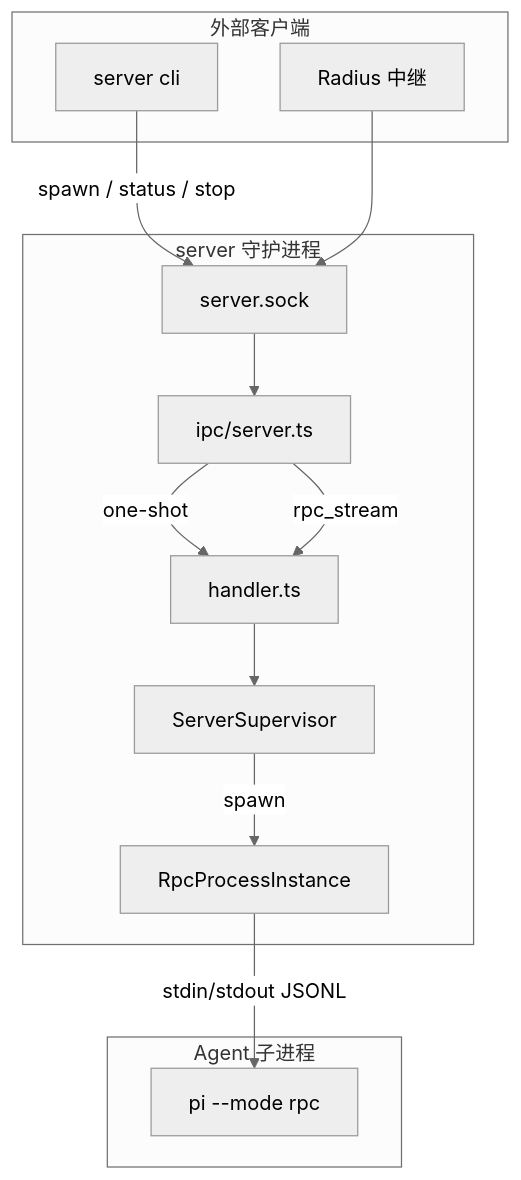
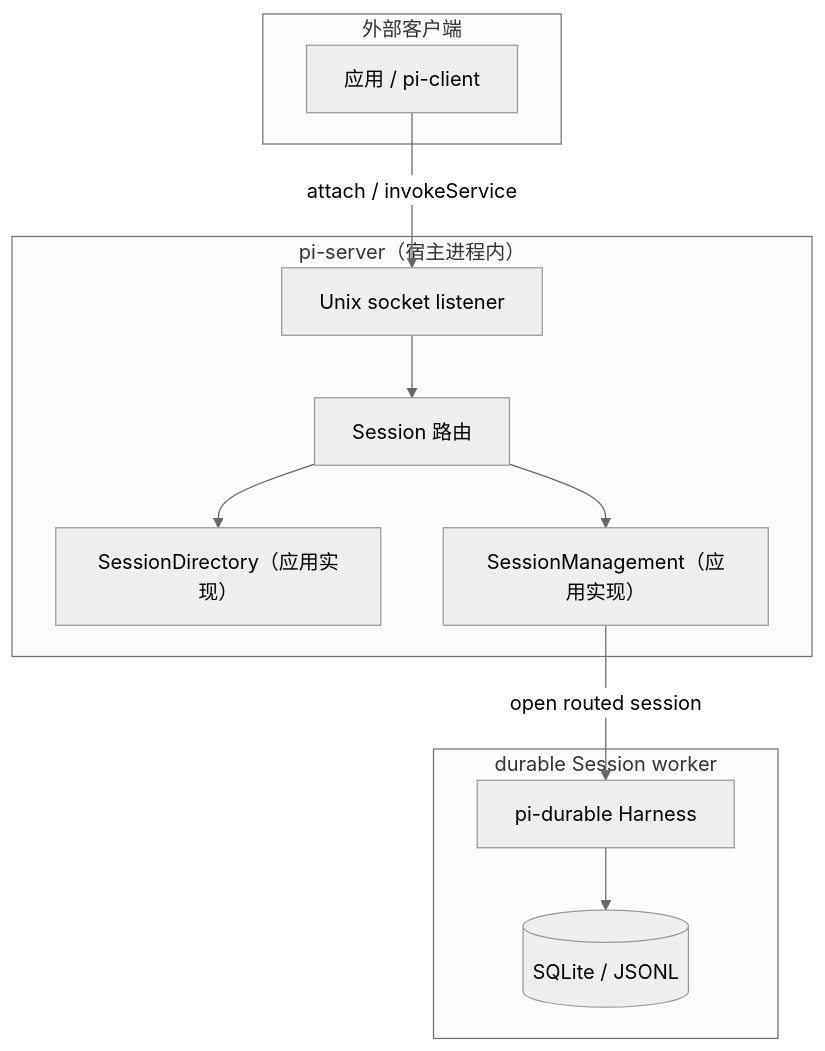
Before and after one commit to jefby/pi: the seventh of 7 diagrams in docs/architecture.md, drawn with Mermaid (neutral theme). The commit also changed other lines of this file and 1 other file, not shown here.

First line of the commit message:
docs: align architecture and QNX analysis with upstream v1.1.0

````diff
--- a/docs/architecture.md
+++ b/docs/architecture.md
@@ -654,28 +667,25 @@
 ```mermaid
 flowchart TB
     subgraph Client["外部客户端"]
-        Cli[server cli]
-        Radius[Radius 中继]
+        App[应用 / pi-client]
     end
 
-    subgraph Daemon["server 守护进程"]
-        Socket[server.sock]
-        Server[ipc/server.ts]
-        Handler[handler.ts]
-        Supervisor[ServerSupervisor]
-        RpcProcess[RpcProcessInstance]
+    subgraph ServerProc["pi-server（宿主进程内）"]
+        Unix[Unix socket listener]
+        Router[Session 路由]
+        SessionDir["SessionDirectory（应用实现）"]
+        SessionMgmt["SessionManagement（应用实现）"]
     end
 
-    subgraph AgentProc["Agent 子进程"]
-        CodingAgentRpc[pi --mode rpc]
+    subgraph Workers["durable Session worker"]
+        Harness["pi-durable Harness"]
+        Store[(SQLite / JSONL)]
     end
 
-    Cli -->|spawn / status / stop| Socket
-    Radius --> Socket
-    Socket --> Server
-    Server -->|one-shot| Handler
-    Server -->|rpc_stream| Handler
-    Handler --> Supervisor
-    Supervisor -->|spawn| RpcProcess
-    RpcProcess -->|stdin/stdout JSONL| CodingAgentRpc
+    App -->|attach / invokeService| Unix
+    Unix --> Router
+    Router --> SessionDir
+    Router --> SessionMgmt
+    SessionMgmt -->|open routed session| Harness
+    Harness --> Store
 ```
````
